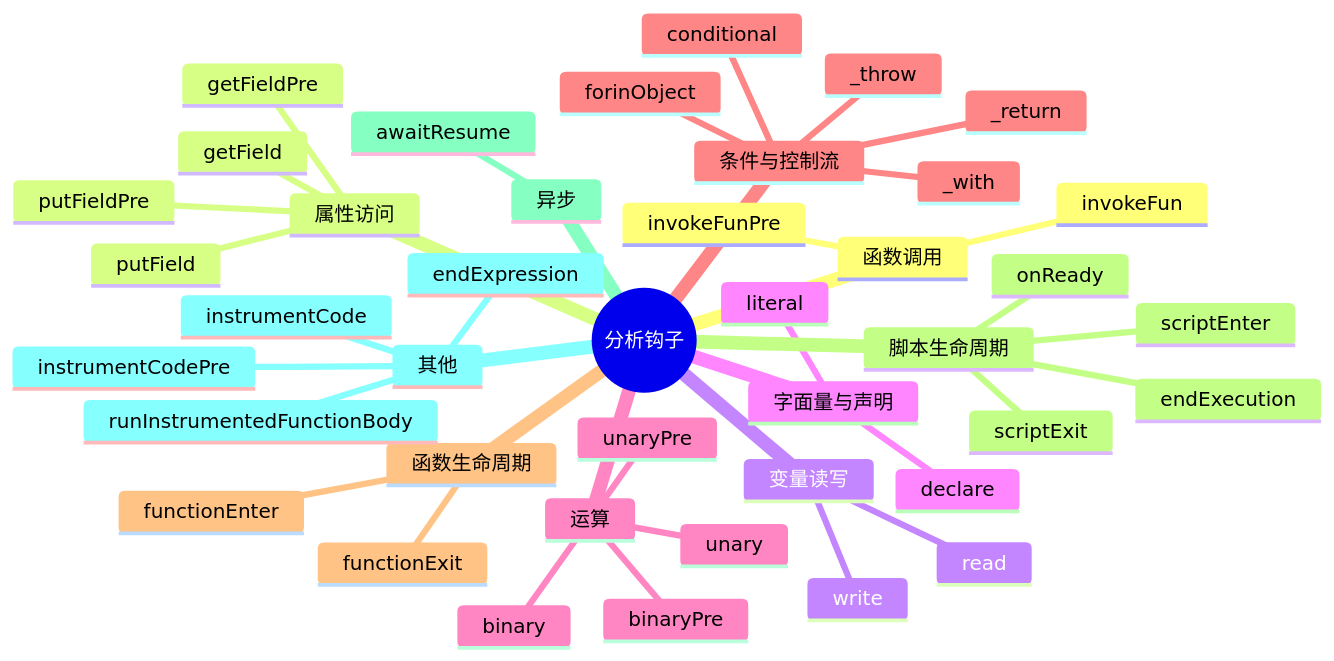
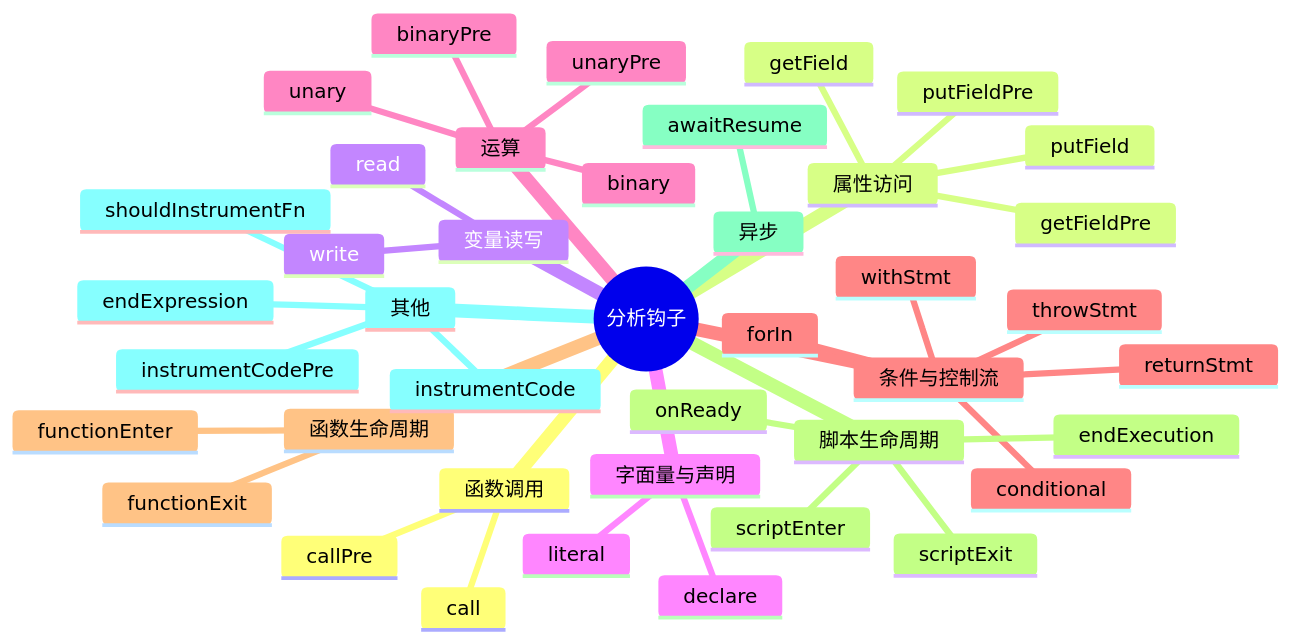
Before and after one commit to fuckreverse/Jani: the second of 2 diagrams in docs/Analysis-Development.md, drawn with Mermaid. The commit also changed other lines of this file and 28 other files, not shown here.

````diff
--- a/docs/Analysis-Development.md
+++ b/docs/Analysis-Development.md
@@ -75,44 +75,44 @@
 ```mermaid
 mindmap
   root((分析钩子))
     函数调用
-      invokeFunPre
-      invokeFun
+      callPre
+      call
     属性访问
       getFieldPre
       getField
       putFieldPre
       putField
     变量读写
       read
       write
     字面量与声明
       literal
       declare
     运算
       binaryPre
       binary
       unaryPre
       unary
     条件与控制流
       conditional
-      _return
-      _throw
-      _with
-      forinObject
+      returnStmt
+      throwStmt
+      withStmt
+      forIn
     函数生命周期
       functionEnter
       functionExit
     脚本生命周期
       scriptEnter
       scriptExit
       endExecution
       onReady
     异步
       awaitResume
     其他
       endExpression
       instrumentCodePre
       instrumentCode
-      runInstrumentedFunctionBody
+      shouldInstrumentFn
 ```
````
